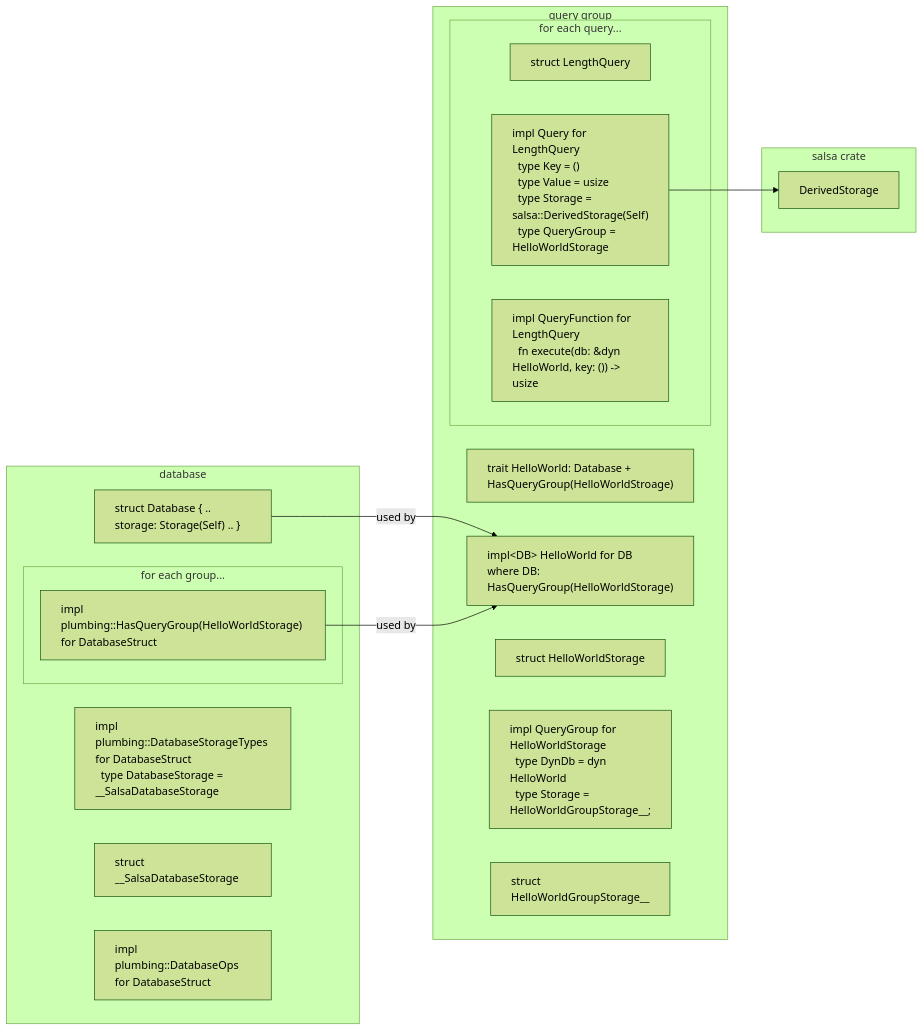
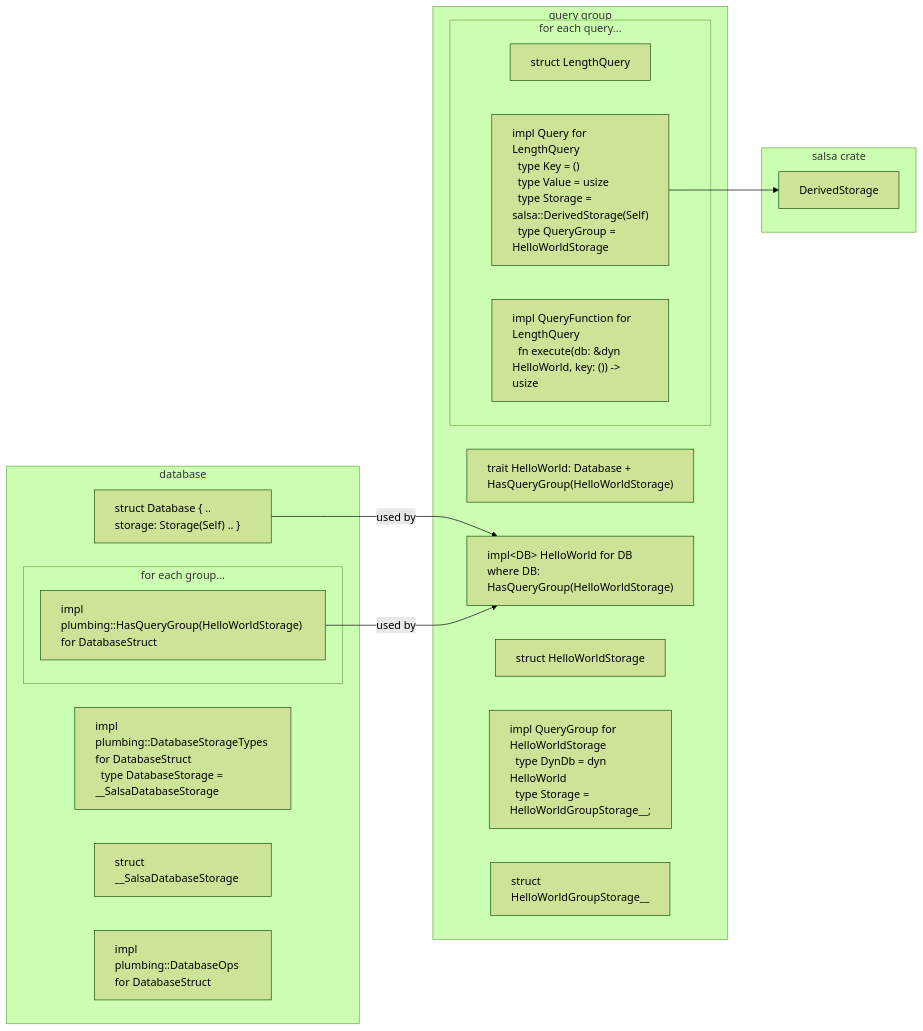
One commit to salsa-rs/salsa changed the diagram in book/src/plumbing/diagram.md. Above: the diagram before and after it, drawn with Mermaid (forest theme). The commit also changed 11 other files, not shown here.

````diff
--- a/book/src/plumbing/diagram.md
+++ b/book/src/plumbing/diagram.md
@@ -5,46 +5,46 @@
 ```mermaid
 graph LR
     classDef diagramNode text-align:left;
     subgraph query group
-        HelloWorldTrait["trait HelloWorld: Database + HasQueryGroup(HelloWorldStroage)"]
+        HelloWorldTrait["trait HelloWorld: Database + HasQueryGroup(HelloWorldStorage)"]
         HelloWorldImpl["impl&lt;DB&gt; HelloWorld for DB<br>where DB: HasQueryGroup(HelloWorldStorage)"]
         click HelloWorldImpl "http:query_groups.html#impl-of-the-hello-world-trait" "more info"
         HelloWorldStorage["struct HelloWorldStorage"]
         click HelloWorldStorage "http:query_groups.html#the-group-struct-and-querygroup-trait" "more info"
         QueryGroupImpl["impl QueryGroup for HelloWorldStorage<br>&nbsp;&nbsp;type DynDb = dyn HelloWorld<br>&nbsp;&nbsp;type Storage = HelloWorldGroupStorage__;"]
         click QueryGroupImpl "http:query_groups.html#the-group-struct-and-querygroup-trait" "more info"
         HelloWorldGroupStorage["struct HelloWorldGroupStorage__"]
         click HelloWorldGroupStorage "http:query_groups.html#group-storage" "more info"
         subgraph for each query...
             LengthQuery[struct LengthQuery]
             LengthQueryImpl["impl Query for LengthQuery<br>&nbsp;&nbsp;type Key = ()<br>&nbsp;&nbsp;type Value = usize<br>&nbsp;&nbsp;type Storage = salsa::DerivedStorage(Self)<br>&nbsp;&nbsp;type QueryGroup = HelloWorldStorage"]
             LengthQueryFunctionImpl["impl QueryFunction for LengthQuery<br>&nbsp;&nbsp;fn execute(db: &dyn HelloWorld, key: ()) -> usize"]
             click LengthQuery "http:query_groups.html#for-each-query-a-query-struct" "more info"
             click LengthQueryImpl "http:query_groups.html#for-each-query-a-query-struct" "more info"
             click LengthQueryFunctionImpl "http:query_groups.html#for-each-query-a-query-struct" "more info"
         end
         class HelloWorldTrait,HelloWorldImpl,HelloWorldStorage,QueryGroupImpl,HelloWorldGroupStorage diagramNode;
         class LengthQuery,LengthQueryImpl,LengthQueryFunctionImpl diagramNode;
     end
     subgraph database
         DatabaseStruct["struct Database { .. storage: Storage(Self) .. }"]
         subgraph for each group...
             HasQueryGroup["impl plumbing::HasQueryGroup(HelloWorldStorage) for DatabaseStruct"]
             click HasQueryGroup "http:database.html#the-hasquerygroup-impl" "more info"
         end
         DatabaseStorageTypes["impl plumbing::DatabaseStorageTypes for DatabaseStruct<br>&nbsp;&nbsp;type DatabaseStorage = __SalsaDatabaseStorage"]
         click DatabaseStorageTypes "http:database.html#the-databasestoragetypes-impl" "more info"
         DatabaseStorage["struct __SalsaDatabaseStorage"]
         click DatabaseStorage "http:database.html#the-database-storage-struct" "more info"
         DatabaseOps["impl plumbing::DatabaseOps for DatabaseStruct"]
         click DatabaseOps "http:database.html#the-databaseops-impl" "more info"
         class DatabaseStruct,DatabaseStorage,DatabaseStorageTypes,DatabaseOps,HasQueryGroup diagramNode;
     end
     subgraph salsa crate
         DerivedStorage["DerivedStorage"]
         class DerivedStorage diagramNode;
     end
     LengthQueryImpl --> DerivedStorage;
     DatabaseStruct -- "used by" --> HelloWorldImpl
     HasQueryGroup -- "used by" --> HelloWorldImpl
 ```
````
